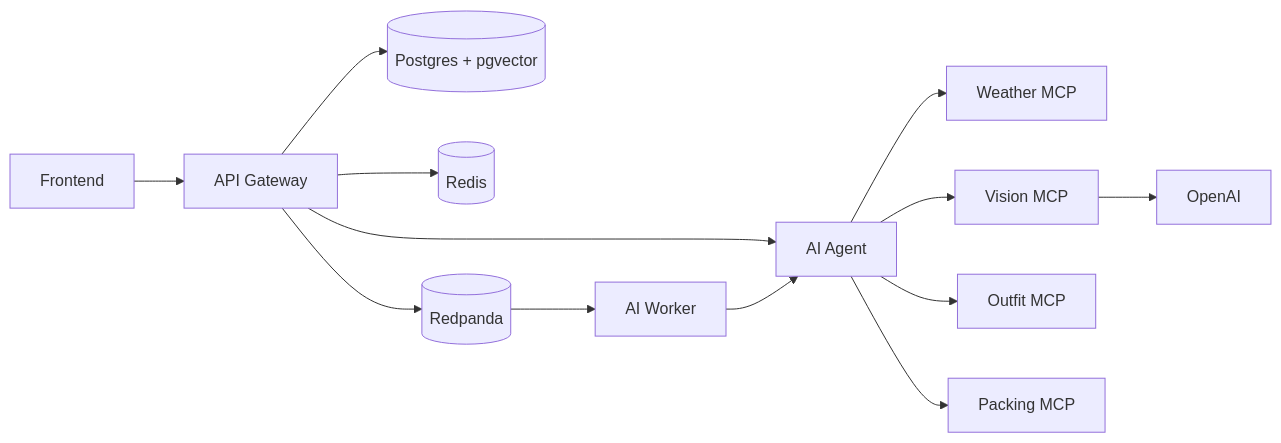
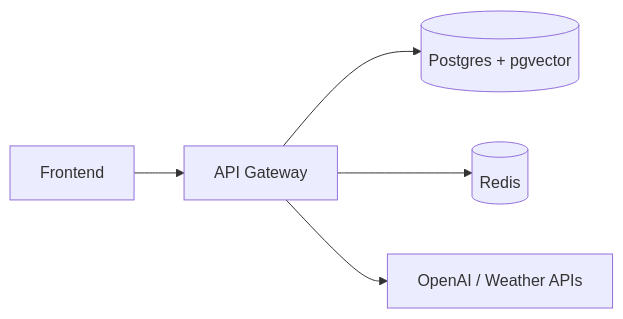
One commit to phanidhar09/clozehive changed the diagram in Readme.md. Above: the diagram before and after it, drawn with Mermaid. The commit also changed other lines of this file and 159 other files, not shown here.

````diff
--- a/Readme.md
+++ b/Readme.md
@@ -19,15 +21,7 @@
 ```mermaid
 flowchart LR
   Browser[Frontend] --> ApiGateway[API Gateway]
   ApiGateway --> Postgres[(Postgres + pgvector)]
   ApiGateway --> Redis[(Redis)]
-  ApiGateway --> AiAgent[AI Agent]
-  ApiGateway --> Redpanda[(Redpanda)]
-  Redpanda --> AiWorker[AI Worker]
-  AiWorker --> AiAgent
-  AiAgent --> WeatherMcp[Weather MCP]
-  AiAgent --> VisionMcp[Vision MCP]
-  AiAgent --> OutfitMcp[Outfit MCP]
-  AiAgent --> PackingMcp[Packing MCP]
-  VisionMcp --> OpenAI[OpenAI]
+  ApiGateway --> OpenAI[OpenAI / Weather APIs]
 ```
````
